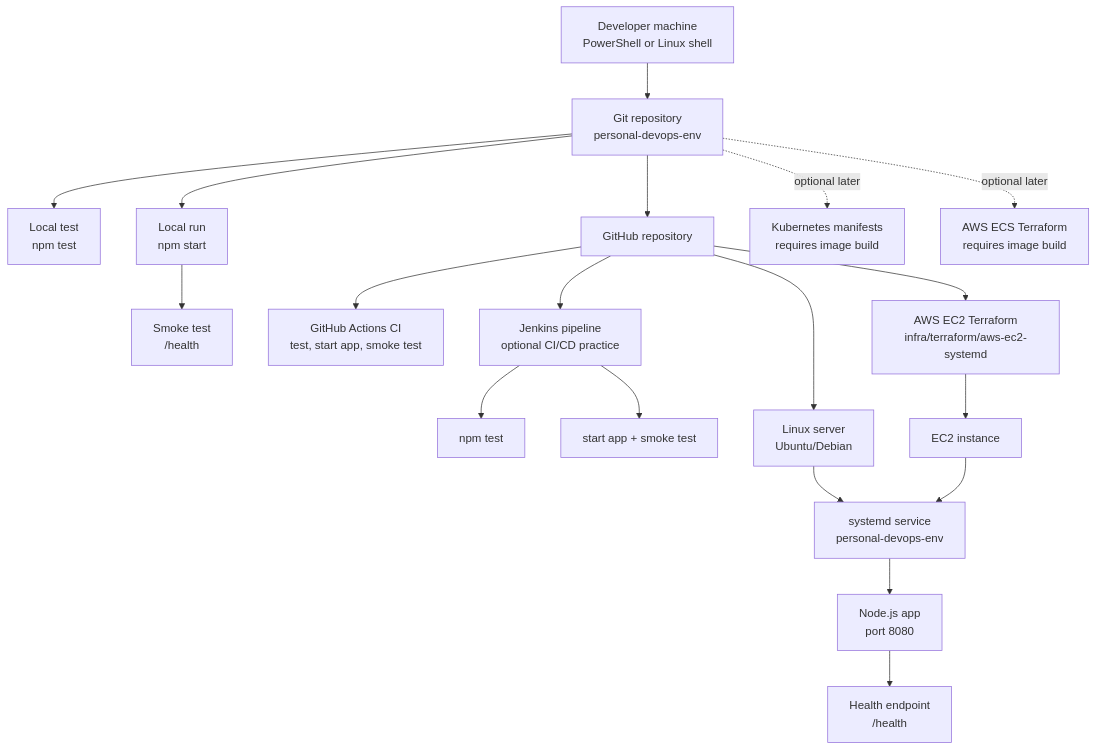
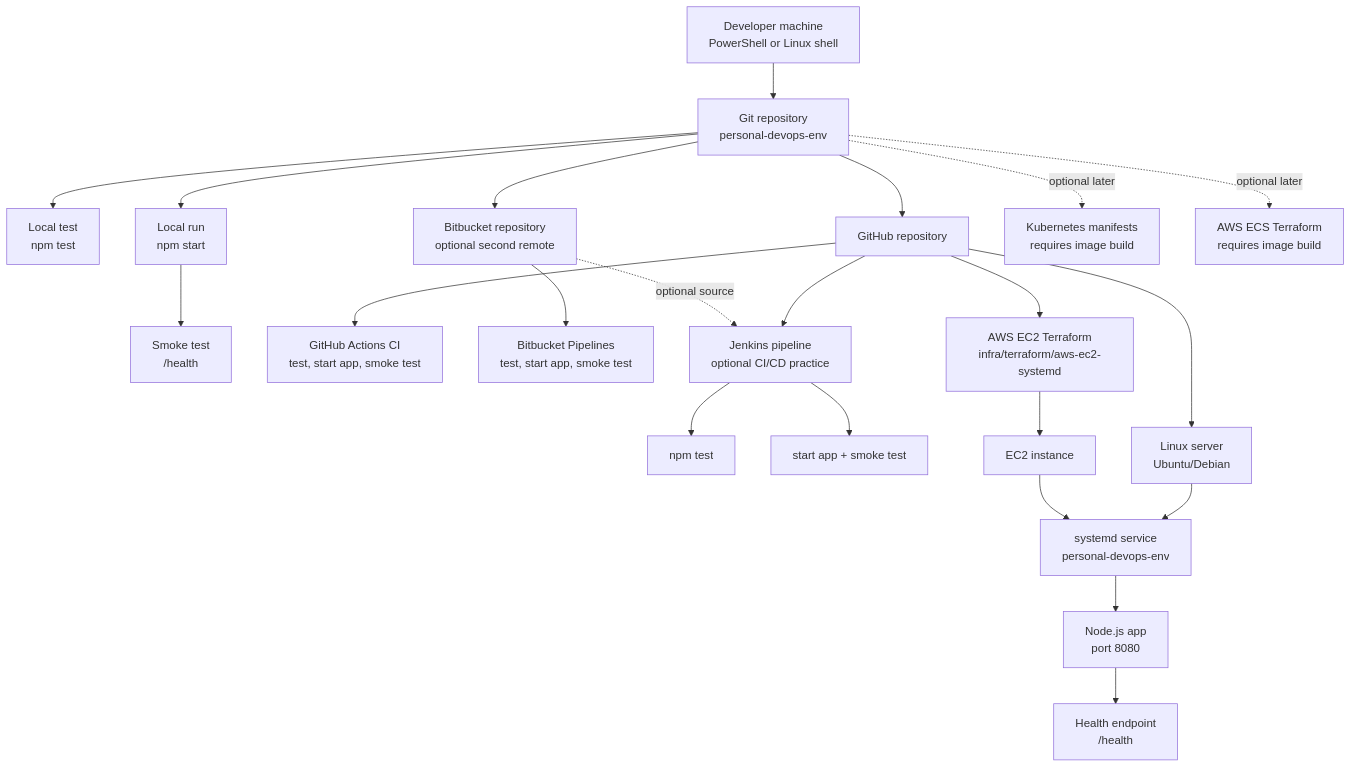
One commit to shahzd2220-lab/personal-devops-env changed the diagram in docs/architecture-and-next-steps.md. Above: the diagram before and after it, drawn with Mermaid. The commit also changed other lines of this file and 3 other files, not shown here.

````diff
--- a/docs/architecture-and-next-steps.md
+++ b/docs/architecture-and-next-steps.md
@@ -10,26 +10,30 @@
 ```mermaid
 flowchart TD
   Dev["Developer machine<br/>PowerShell or Linux shell"] --> Repo["Git repository<br/>personal-devops-env"]
   Repo --> LocalTest["Local test<br/>npm test"]
   Repo --> LocalRun["Local run<br/>npm start"]
   LocalRun --> SmokeLocal["Smoke test<br/>/health"]
 
   Repo --> GitHub["GitHub repository"]
   GitHub --> GHA["GitHub Actions CI<br/>test, start app, smoke test"]
 
+  Repo --> Bitbucket["Bitbucket repository<br/>optional second remote"]
+  Bitbucket --> BBP["Bitbucket Pipelines<br/>test, start app, smoke test"]
+
   GitHub --> Jenkins["Jenkins pipeline<br/>optional CI/CD practice"]
+  Bitbucket -. optional source .-> Jenkins
   Jenkins --> JenkinsTest["npm test"]
   Jenkins --> JenkinsSmoke["start app + smoke test"]
 
   GitHub --> Linux["Linux server<br/>Ubuntu/Debian"]
   Linux --> Systemd["systemd service<br/>personal-devops-env"]
   Systemd --> App["Node.js app<br/>port 8080"]
   App --> Health["Health endpoint<br/>/health"]
 
   GitHub --> AWS["AWS EC2 Terraform<br/>infra/terraform/aws-ec2-systemd"]
   AWS --> EC2["EC2 instance"]
   EC2 --> Systemd
 
   Repo -. optional later .-> K8s["Kubernetes manifests<br/>requires image build"]
   Repo -. optional later .-> ECS["AWS ECS Terraform<br/>requires image build"]
 ```
````
